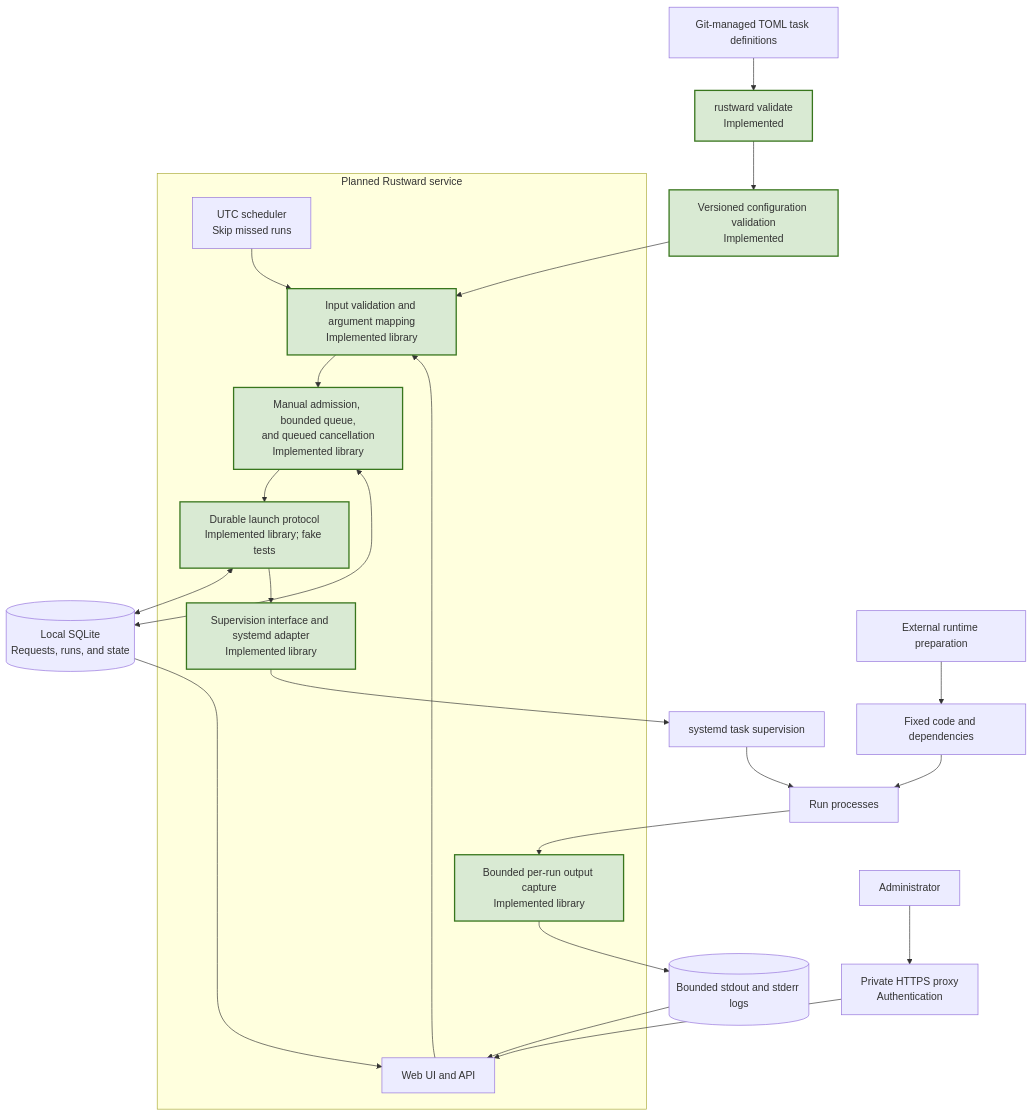
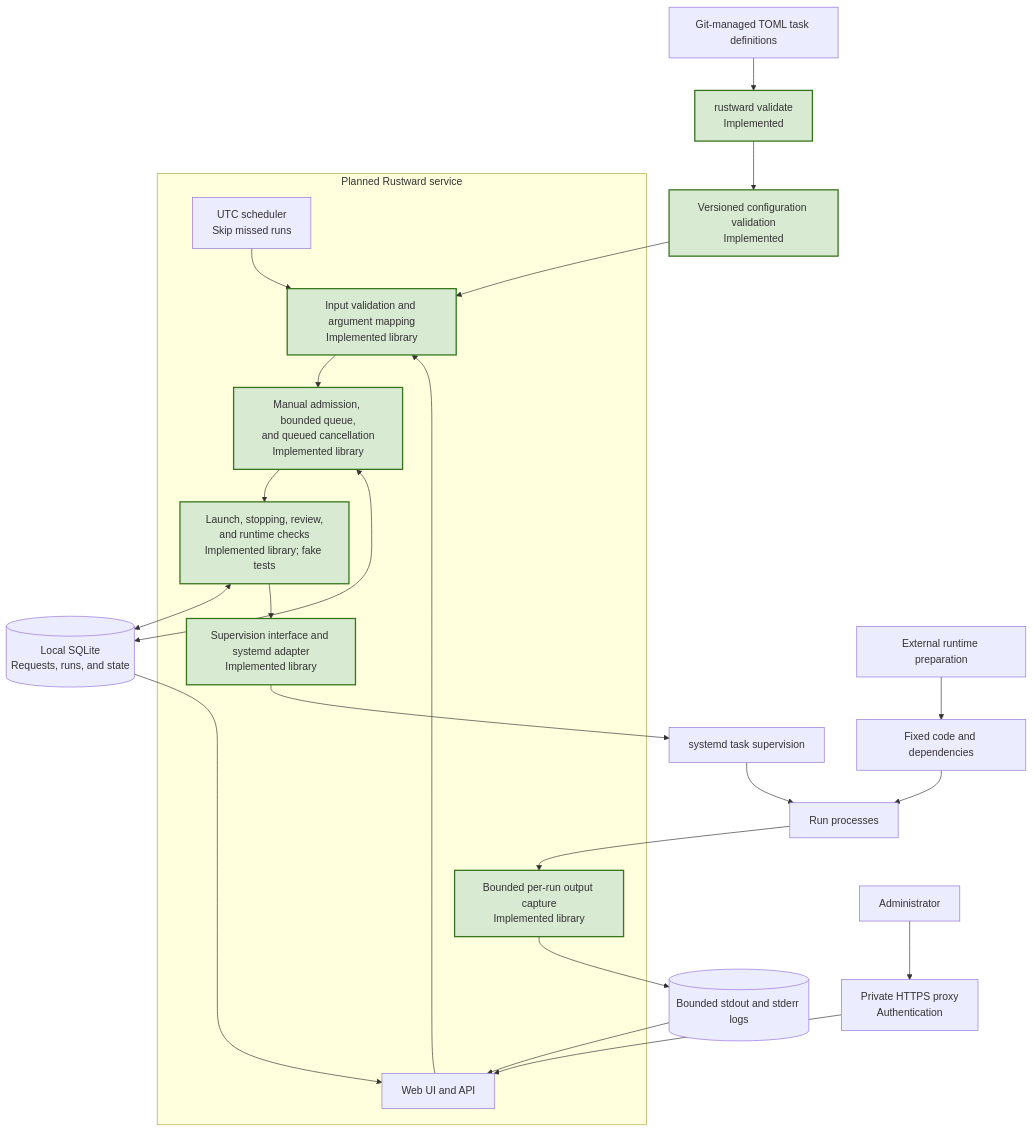
Before and after one commit to chrizpower/rustward: the diagram in docs/ARCHITECTURE.md, drawn with Mermaid. The commit also changed other lines of this file and 27 other files, not shown here.

````diff
--- a/docs/ARCHITECTURE.md
+++ b/docs/ARCHITECTURE.md
@@ -15,46 +15,46 @@
 ```mermaid
 flowchart TB
     Git["Git-managed TOML task definitions"]
     CLI["rustward validate<br/>Implemented"]
     Config["Versioned configuration validation<br/>Implemented"]
 
     Admin["Administrator"]
     Proxy["Private HTTPS proxy<br/>Authentication"]
 
     subgraph Service["Planned Rustward service"]
         UI["Web UI and API"]
         Cron["UTC scheduler<br/>Skip missed runs"]
         Inputs["Input validation and argument mapping<br/>Implemented library"]
         Queue["Manual admission, bounded queue,<br/>and queued cancellation<br/>Implemented library"]
-        Dispatch["Durable launch protocol<br/>Implemented library; fake tests"]
+        Dispatch["Launch, stopping, review,<br/>and runtime checks<br/>Implemented library; fake tests"]
         Adapter["Supervision interface and systemd adapter<br/>Implemented library"]
         Capture["Bounded per-run output capture<br/>Implemented library"]
     end
 
     DB[("Local SQLite<br/>Requests, runs, and state")]
     Prepare["External runtime preparation"]
     Runtime["Fixed code and dependencies"]
     Systemd["systemd task supervision"]
     Task["Run processes"]
     Logs[("Bounded stdout and stderr logs")]
 
     Git --> CLI --> Config
     Config --> Inputs
 
     Admin --> Proxy --> UI
     UI --> Inputs
     Cron --> Inputs
     Inputs --> Queue --> Dispatch
     Queue <--> DB
     Dispatch <--> DB
 
     Prepare --> Runtime
     Dispatch --> Adapter --> Systemd --> Task
     Runtime --> Task
     Task --> Capture --> Logs
     Logs --> UI
     DB --> UI
 
     classDef implemented fill:#d9ead3,stroke:#38761d,stroke-width:2px
     class CLI,Config,Inputs,Queue,Dispatch,Adapter,Capture implemented
 ```
````
